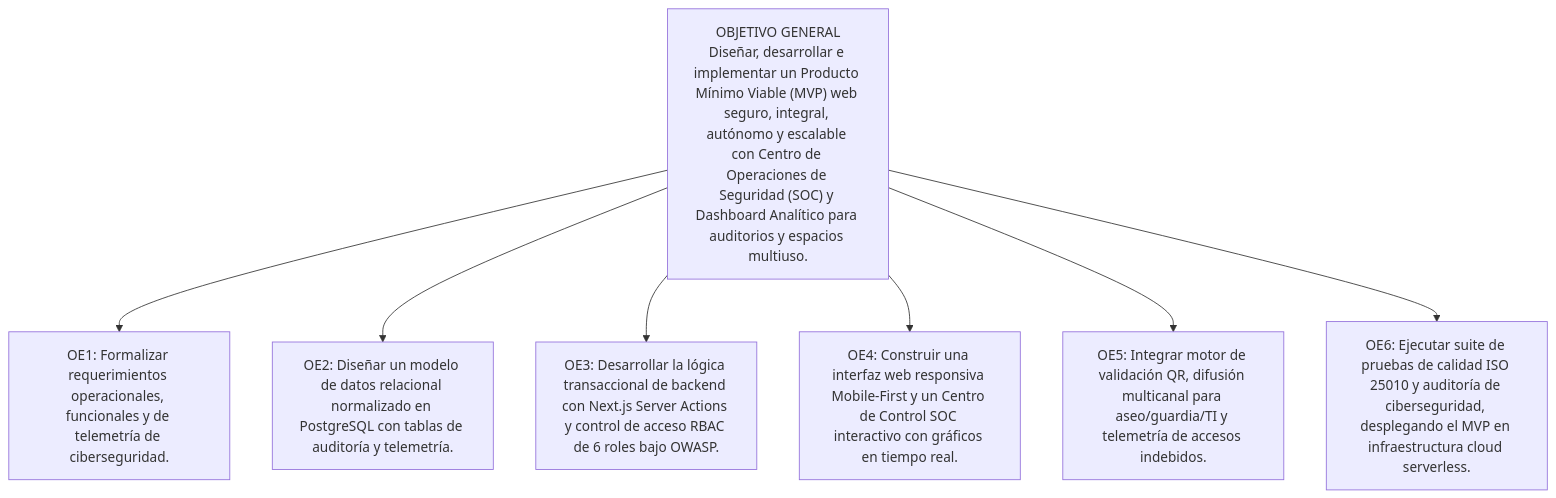
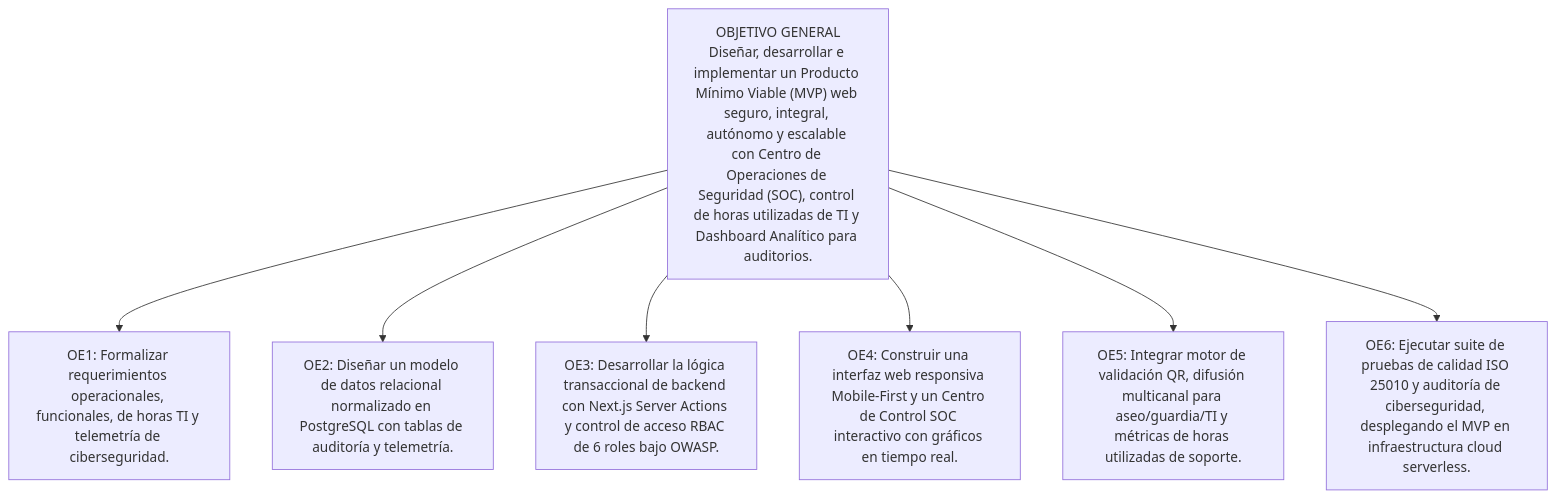
Before and after one commit to IMANDOI/sistema-gestion-auditorios-capstone: the fourth of 12 diagrams in informe_fase_1_definicion_proyecto.md, drawn with Mermaid. The commit also changed other lines of this file, not shown here.

Commit message:
docs(fase1): precision metrica de horas hombre utilizadas de TI (informe_fase_1_definicion_proyecto.md)

````diff
--- a/informe_fase_1_definicion_proyecto.md
+++ b/informe_fase_1_definicion_proyecto.md
@@ -184,11 +184,11 @@
 ```mermaid
 graph TD
-    OG["OBJETIVO GENERAL<br>Diseñar, desarrollar e implementar un Producto Mínimo Viable (MVP) web seguro, integral, autónomo y escalable con Centro de Operaciones de Seguridad (SOC) y Dashboard Analítico para auditorios y espacios multiuso."]
+    OG["OBJETIVO GENERAL<br>Diseñar, desarrollar e implementar un Producto Mínimo Viable (MVP) web seguro, integral, autónomo y escalable con Centro de Operaciones de Seguridad (SOC), control de horas utilizadas de TI y Dashboard Analítico para auditorios."]
     
-    OG --> OE1["OE1: Formalizar requerimientos operacionales, funcionales y de telemetría de ciberseguridad."]
+    OG --> OE1["OE1: Formalizar requerimientos operacionales, funcionales, de horas TI y telemetría de ciberseguridad."]
     OG --> OE2["OE2: Diseñar un modelo de datos relacional normalizado en PostgreSQL con tablas de auditoría y telemetría."]
     OG --> OE3["OE3: Desarrollar la lógica transaccional de backend con Next.js Server Actions y control de acceso RBAC de 6 roles bajo OWASP."]
     OG --> OE4["OE4: Construir una interfaz web responsiva Mobile-First y un Centro de Control SOC interactivo con gráficos en tiempo real."]
-    OG --> OE5["OE5: Integrar motor de validación QR, difusión multicanal para aseo/guardia/TI y telemetría de accesos indebidos."]
+    OG --> OE5["OE5: Integrar motor de validación QR, difusión multicanal para aseo/guardia/TI y métricas de horas utilizadas de soporte."]
     OG --> OE6["OE6: Ejecutar suite de pruebas de calidad ISO 25010 y auditoría de ciberseguridad, desplegando el MVP en infraestructura cloud serverless."]
 ```
````
